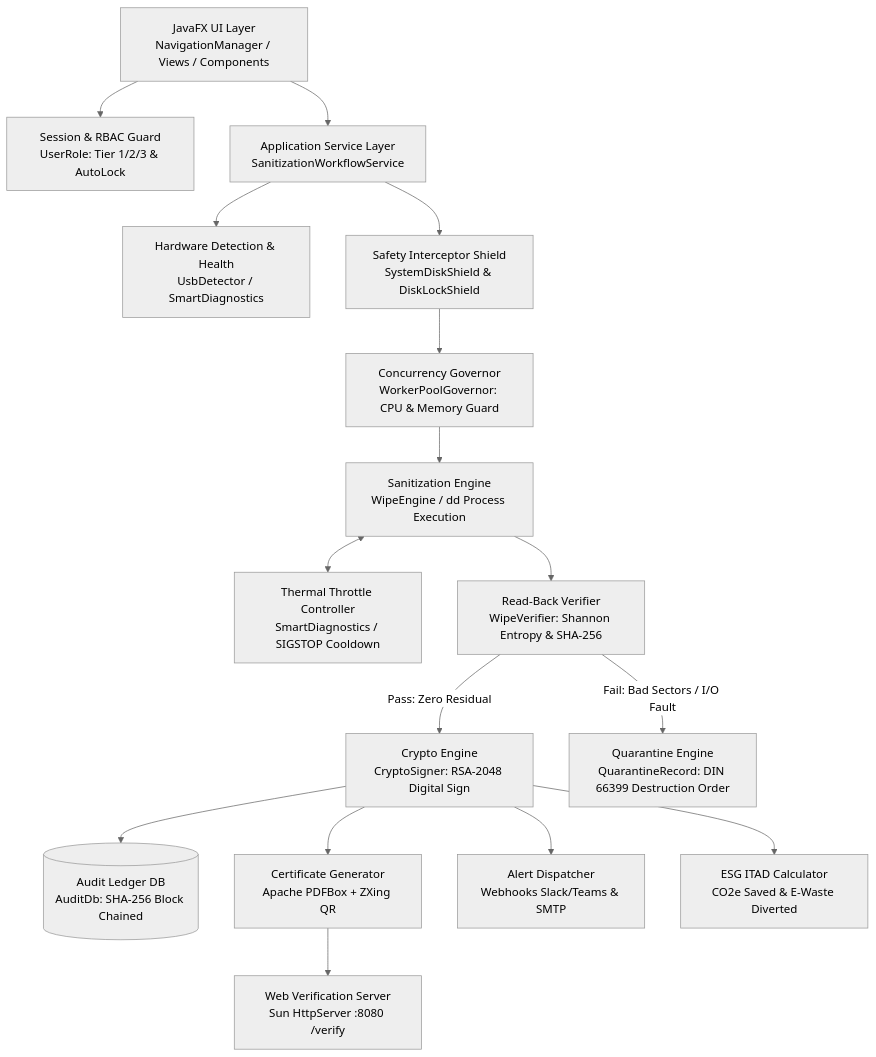
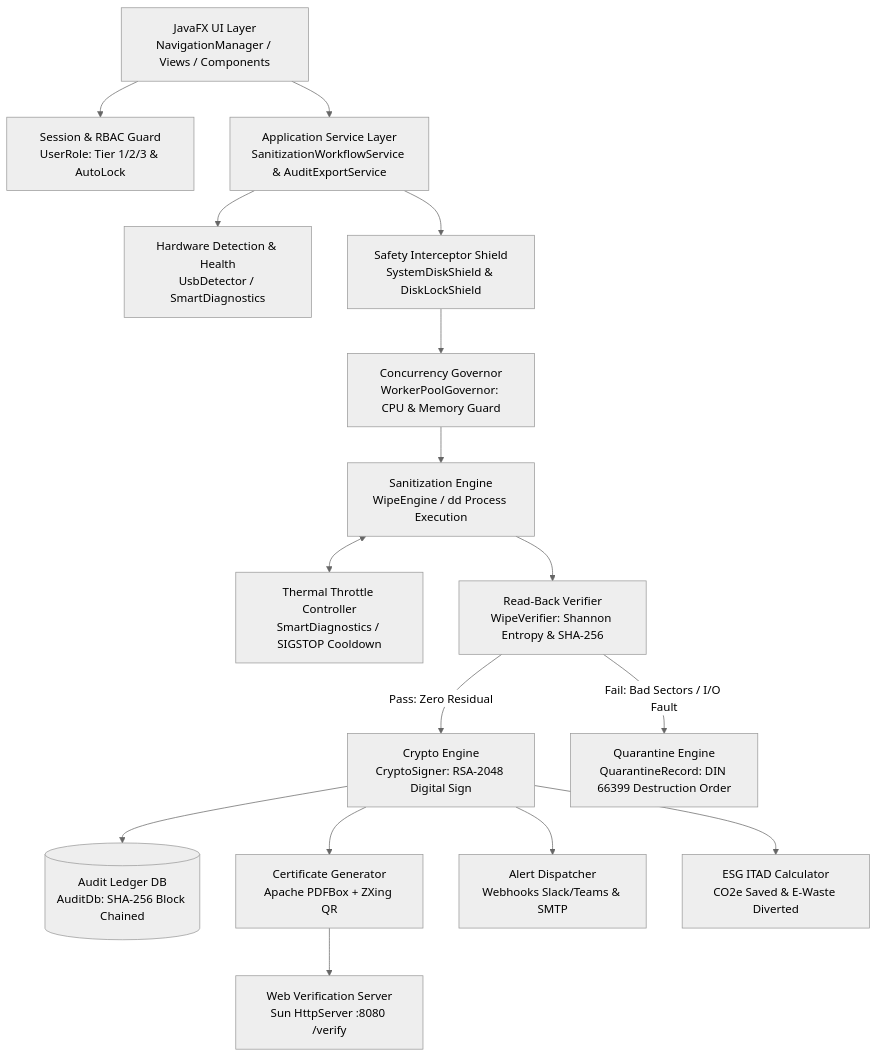
The diagram in PROJECT_STUDY_GUIDE.md (pranaash31/Secure-Data-Wiping), drawn with Mermaid (neutral theme) before and after one commit. The commit also changed other lines of this file and 6 other files, not shown here.

````diff
--- a/PROJECT_STUDY_GUIDE.md
+++ b/PROJECT_STUDY_GUIDE.md
@@ -23,20 +23,20 @@
 ```mermaid
 flowchart TD
     UI[JavaFX UI Layer\nNavigationManager / Views / Components] --> SESS[Session & RBAC Guard\nUserRole: Tier 1/2/3 & AutoLock]
-    UI --> SRVC[Application Service Layer\nSanitizationWorkflowService]
+    UI --> SRVC[Application Service Layer\nSanitizationWorkflowService & AuditExportService]
     SRVC --> DET[Hardware Detection & Health\nUsbDetector / SmartDiagnostics]
     SRVC --> SHIELD[Safety Interceptor Shield\nSystemDiskShield & DiskLockShield]
     SHIELD --> GOV[Concurrency Governor\nWorkerPoolGovernor: CPU & Memory Guard]
     GOV --> ENG[Sanitization Engine\nWipeEngine / dd Process Execution]
     ENG <--> THERM[Thermal Throttle Controller\nSmartDiagnostics / SIGSTOP Cooldown]
     ENG --> VERIF[Read-Back Verifier\nWipeVerifier: Shannon Entropy & SHA-256]
     
     VERIF -->|Pass: Zero Residual| SIGN[Crypto Engine\nCryptoSigner: RSA-2048 Digital Sign]
     VERIF -->|Fail: Bad Sectors / I/O Fault| QRN[Quarantine Engine\nQuarantineRecord: DIN 66399 Destruction Order]
     
     SIGN --> DB[(Audit Ledger DB\nAuditDb: SHA-256 Block Chained)]
     SIGN --> PDF[Certificate Generator\nApache PDFBox + ZXing QR]
     PDF --> SRV[Web Verification Server\nSun HttpServer :8080 /verify]
     SIGN --> ALERT[Alert Dispatcher\nWebhooks Slack/Teams & SMTP]
     SIGN --> ESG[ESG ITAD Calculator\nCO2e Saved & E-Waste Diverted]
 ```
````
